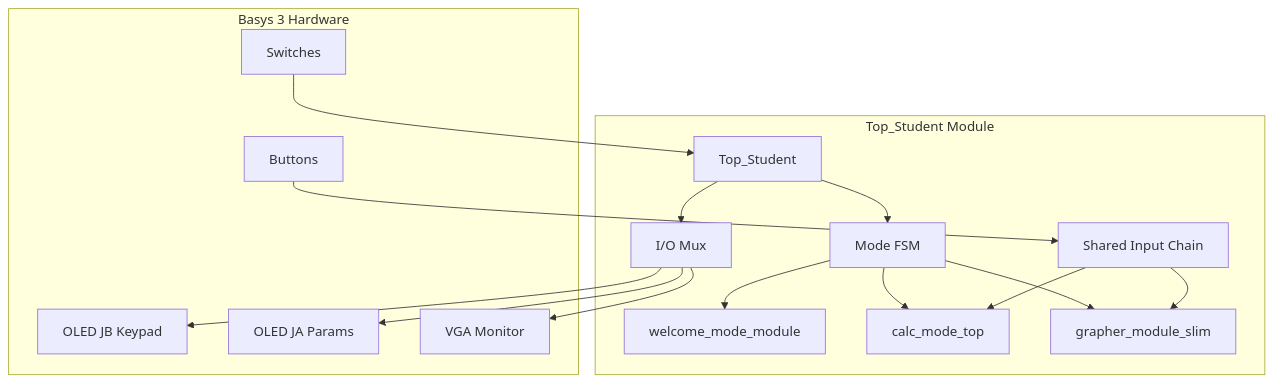
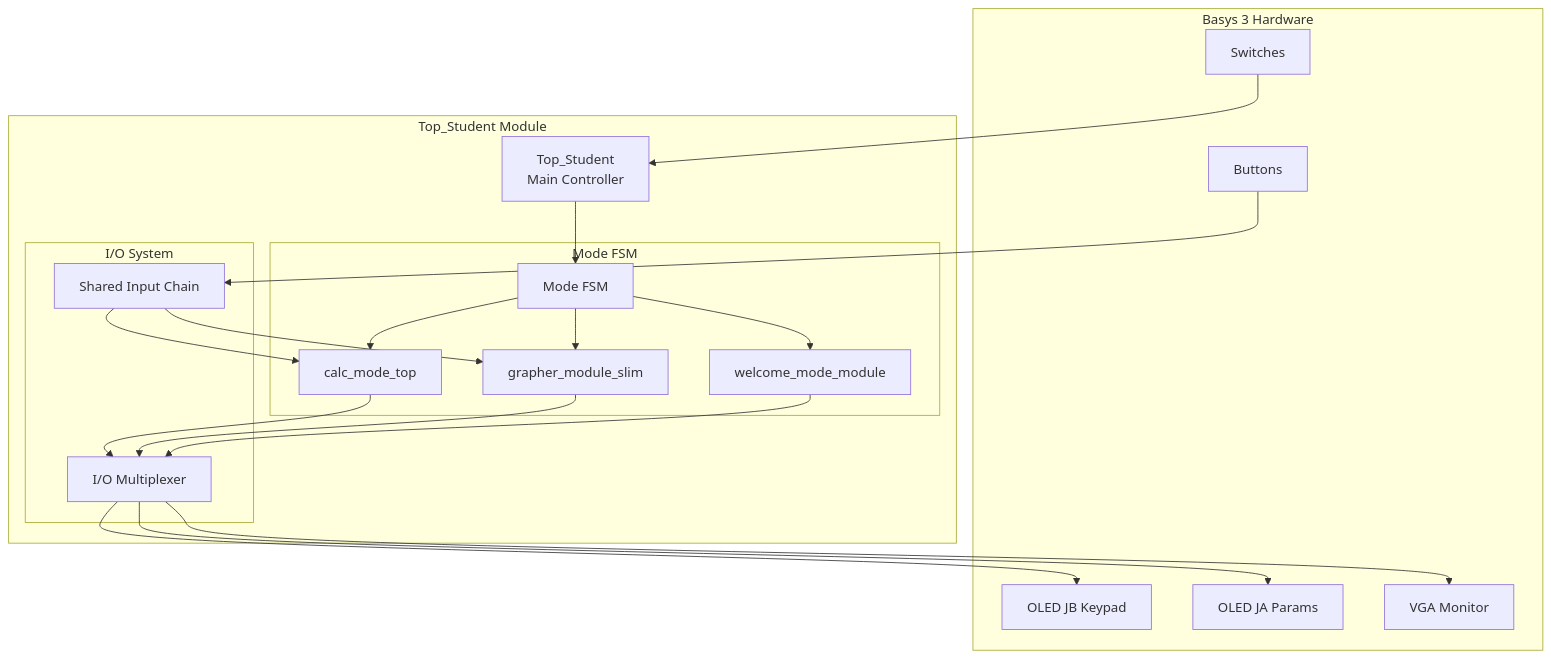
One commit to Yxiang-828/EE2026-Project-Vivado changed the first of 4 diagrams in README.md. Above: the diagram before and after it, drawn with Mermaid. The commit also changed other lines of this file, not shown here.

Commit message:
Restructure first Mermaid diagram for better clarity
- Reorganize into Hardware and Application layers
- Add clear subgraphs for Mode FSM and I/O System
- Improve connection flow from inputs to outputs
- Use consistent naming and better visual hierarchy

````diff
--- a/README.md
+++ b/README.md
@@ -12,28 +12,48 @@
 ```mermaid
 graph TD
+    %% Hardware Layer
     subgraph "Basys 3 Hardware"
-        btn[Buttons]
-        sw[Switches]
-        oled_jb[OLED JB Keypad]
-        oled_ja[OLED JA Params]
-        vga[VGA Monitor]
+        BTN[Buttons]
+        SW[Switches]
+        OLED_JB[OLED JB Keypad]
+        OLED_JA[OLED JA Params]
+        VGA[VGA Monitor]
     end
 
+    %% Application Layer
     subgraph "Top_Student Module"
-        A[Top_Student] --> B[Mode FSM]
-        B --> C[welcome_mode_module]
-        B --> D[calc_mode_top]
-        B --> E[grapher_module_slim]
+        TOP[Top_Student<br/>Main Controller]
 
-        A --> F[I/O Mux]
-        F --> oled_jb
-        F --> oled_ja
-        F --> vga
+        subgraph "Mode FSM"
+            MODE_FSM[Mode FSM]
+            WELCOME[welcome_mode_module]
+            CALC[calc_mode_top]
+            GRAPH[grapher_module_slim]
+        end
 
-        G[Shared Input Chain] --> D
-        G --> E
+        subgraph "I/O System"
+            IO_MUX[I/O Multiplexer]
+            INPUT_CHAIN[Shared Input Chain]
+        end
+    end
 
-        btn --> G
-        sw --> A
-    end
+    %% Connections
+    BTN --> INPUT_CHAIN
+    SW --> TOP
+
+    TOP --> MODE_FSM
+    MODE_FSM --> WELCOME
+    MODE_FSM --> CALC
+    MODE_FSM --> GRAPH
+
+    INPUT_CHAIN --> CALC
+    INPUT_CHAIN --> GRAPH
+
+    CALC --> IO_MUX
+    GRAPH --> IO_MUX
+    WELCOME --> IO_MUX
+
+    IO_MUX --> OLED_JB
+    IO_MUX --> OLED_JA
+    IO_MUX --> VGA
 ```
````
